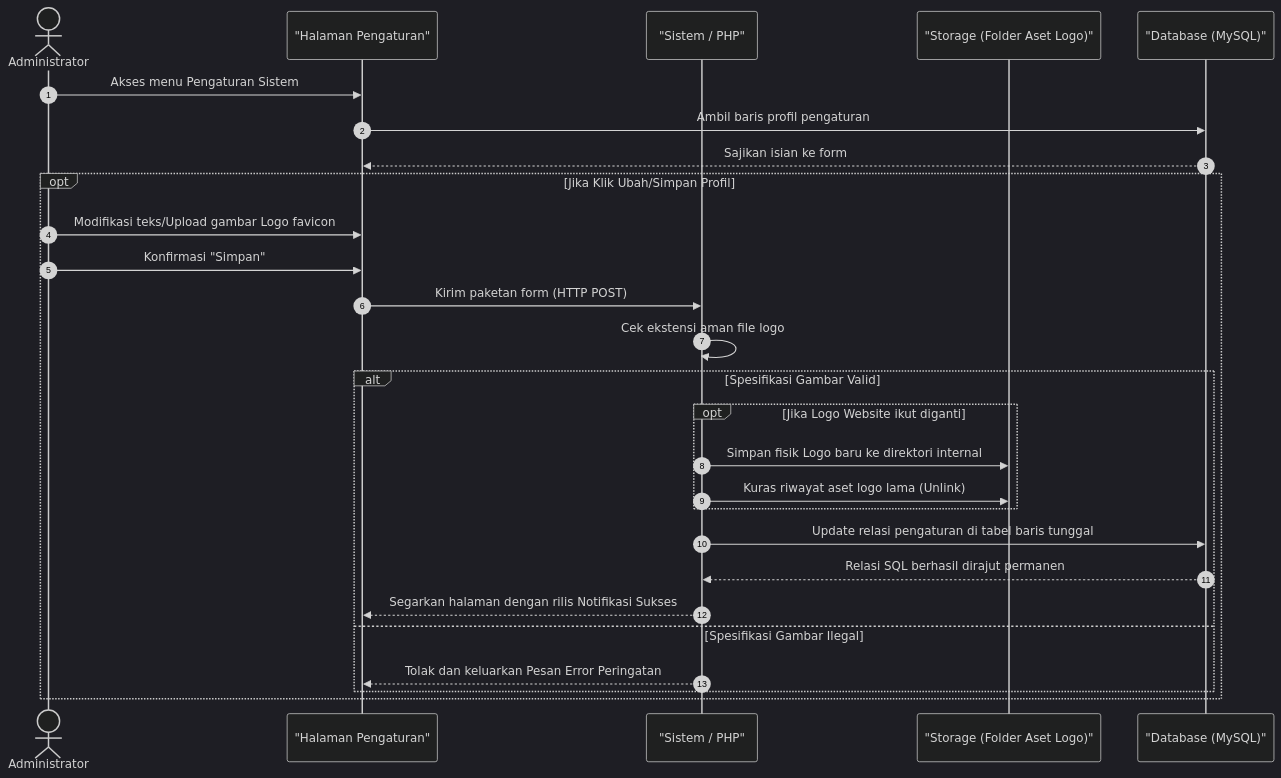
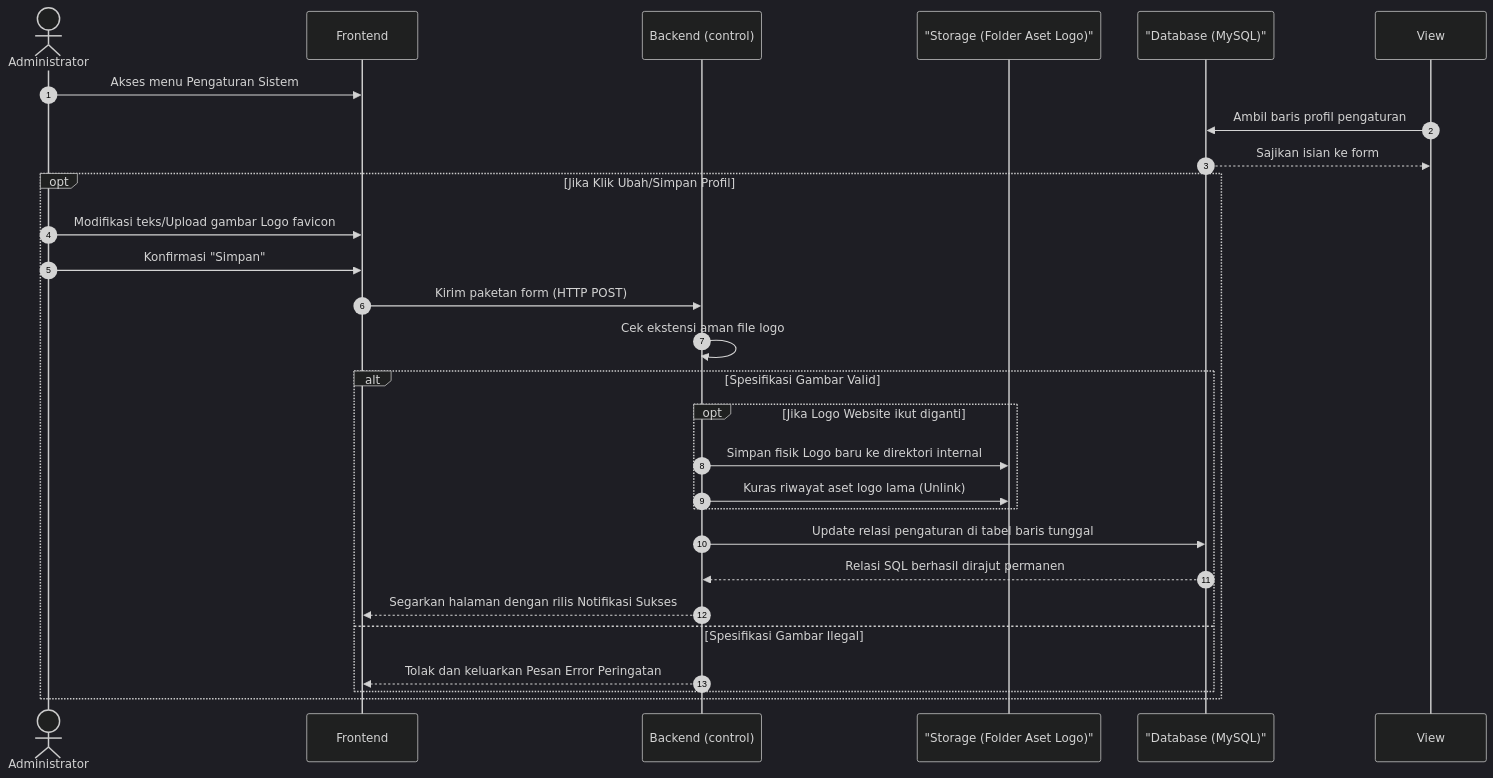
One commit to arbain-dev/Web_fikom changed diagram 17 of 17 in docs/kumpulan_sequence_backend.md. Above: the diagram before and after it, drawn with Mermaid (dark theme). The commit also changed other lines of this file and 1 other file, not shown here.

Commit message:
docs: standardisasi arsitektur 3 tier (Frontend, Backend, DB) pada seluruh sequence diagram backend

````diff
--- a/docs/kumpulan_sequence_backend.md
+++ b/docs/kumpulan_sequence_backend.md
@@ -765,34 +795,34 @@
 ```mermaid
 sequenceDiagram
     autonumber
     actor Admin as Administrator
-    participant View as "Halaman Pengaturan"
-    participant System as "Sistem / PHP"
+    participant Frontend
+    participant Backend as Backend (control)
     participant Server as "Storage (Folder Aset Logo)"
     participant DB as "Database (MySQL)"
 
-    Admin->>View: Akses menu Pengaturan Sistem
+    Admin->>Frontend: Akses menu Pengaturan Sistem
     View->>DB: Ambil baris profil pengaturan
     DB-->>View: Sajikan isian ke form
 
     opt Jika Klik Ubah/Simpan Profil
-        Admin->>View: Modifikasi teks/Upload gambar Logo favicon
-        Admin->>View: Konfirmasi "Simpan"
-        View->>System: Kirim paketan form (HTTP POST)
+        Admin->>Frontend: Modifikasi teks/Upload gambar Logo favicon
+        Admin->>Frontend: Konfirmasi "Simpan"
+        Frontend->>Backend: Kirim paketan form (HTTP POST)
 
-        System->>System: Cek ekstensi aman file logo
+        Backend->>Backend: Cek ekstensi aman file logo
         
         alt Spesifikasi Gambar Valid
             opt Jika Logo Website ikut diganti
-                System->>Server: Simpan fisik Logo baru ke direktori internal
-                System->>Server: Kuras riwayat aset logo lama (Unlink)
+                Backend->>Server: Simpan fisik Logo baru ke direktori internal
+                Backend->>Server: Kuras riwayat aset logo lama (Unlink)
             end
             
-            System->>DB: Update relasi pengaturan di tabel baris tunggal
-            DB-->>System: Relasi SQL berhasil dirajut permanen
-            System-->>View: Segarkan halaman dengan rilis Notifikasi Sukses
+            Backend->>DB: Update relasi pengaturan di tabel baris tunggal
+            DB-->>Backend: Relasi SQL berhasil dirajut permanen
+            Backend-->>Frontend: Segarkan halaman dengan rilis Notifikasi Sukses
         else Spesifikasi Gambar Ilegal
-            System-->>View: Tolak dan keluarkan Pesan Error Peringatan
+            Backend-->>Frontend: Tolak dan keluarkan Pesan Error Peringatan
         end
     end
 ```
````
